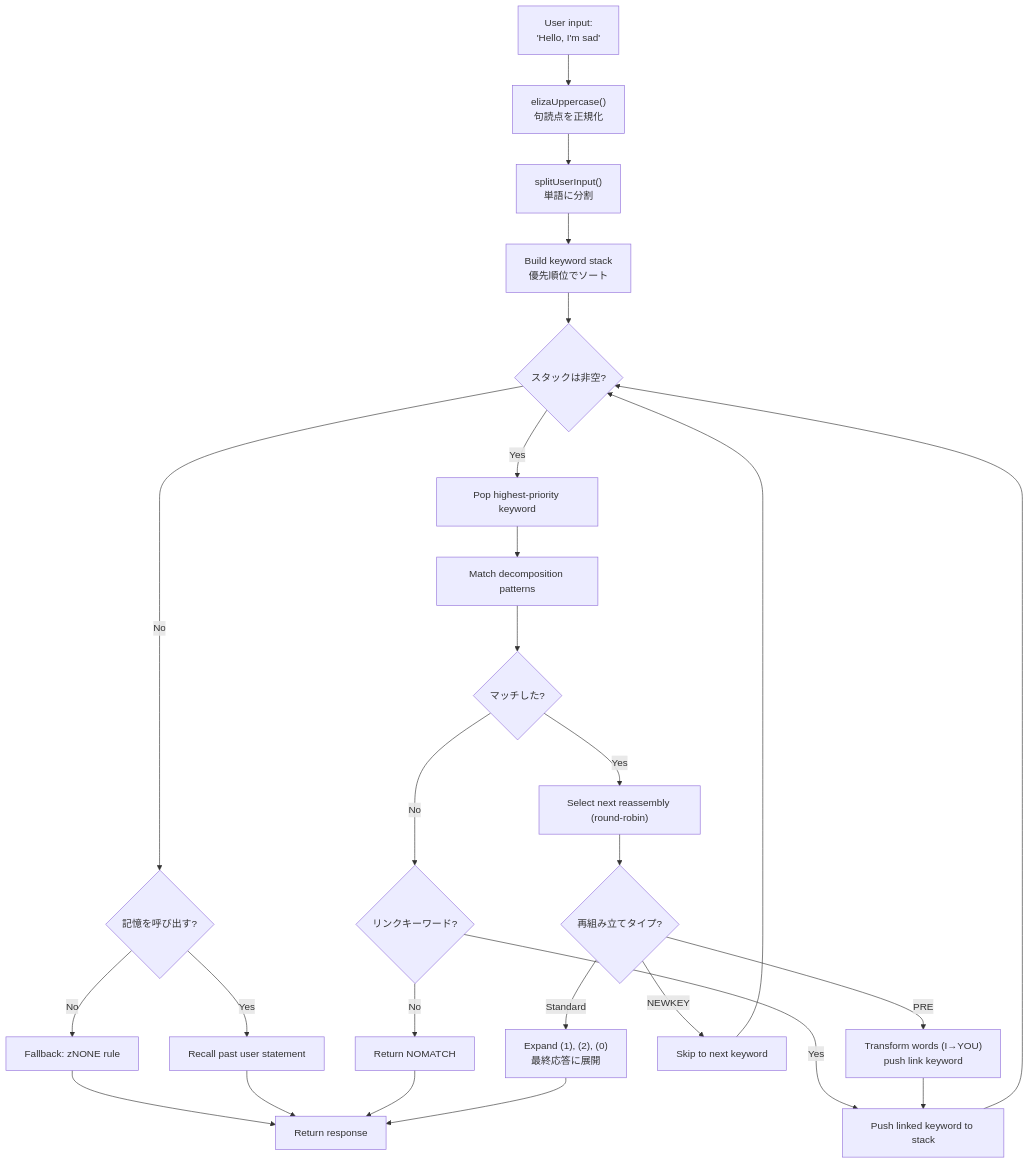
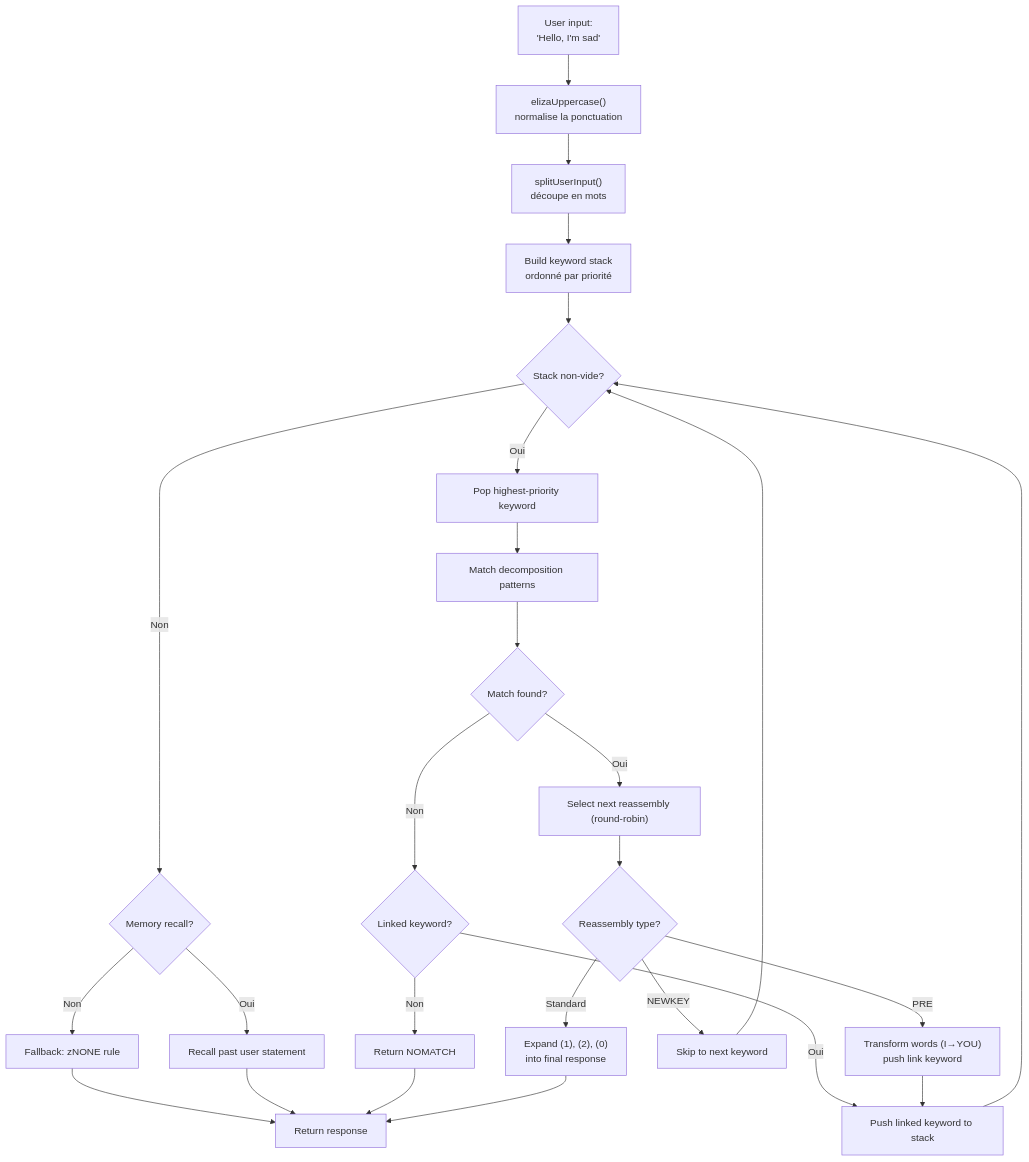
Before and after one commit to fox3000foxy/fox3000foxy.github.io: the first of 2 diagrams in public/articles/ja/from-eliza-to-llm-chatbots-typescript.md, drawn with Mermaid. The commit also changed other lines of this file and 576 other files, not shown here.

````diff
--- a/public/articles/ja/from-eliza-to-llm-chatbots-typescript.md
+++ b/public/articles/ja/from-eliza-to-llm-chatbots-typescript.md
@@ -93,28 +92,28 @@
 ```mermaid
 flowchart TD
-    A["User input:<br>'Hello, I'm sad'"] --> B["elizaUppercase()<br>句読点を正規化"]
-    B --> C["splitUserInput()<br>単語に分割"]
-    C --> D["Build keyword stack<br>優先順位でソート"]
-    D --> E{"スタックは非空?"}
-    E -->|"Yes"| F["Pop highest-priority keyword"]
-    E -->|"No"| G{"記憶を呼び出す?"}
-    G -->|"Yes"| H["Recall past user statement"]
-    G -->|"No"| I["Fallback: zNONE rule"]
+    A["User input:<br>'Hello, I'm sad'"] --> B["elizaUppercase()<br>normalise la ponctuation"]
+    B --> C["splitUserInput()<br>découpe en mots"]
+    C --> D["Build keyword stack<br>ordonné par priorité"]
+    D --> E{"Stack non-vide?"}
+    E -->|"Oui"| F["Pop highest-priority keyword"]
+    E -->|"Non"| G{"Memory recall?"}
+    G -->|"Oui"| H["Recall past user statement"]
+    G -->|"Non"| I["Fallback: zNONE rule"]
     I --> J["Return response"]
     H --> J
     F --> K["Match decomposition patterns"]
-    K --> L{"マッチした?"}
-    L -->|"No"| M{"リンクキーワード?"}
-    M -->|"Yes"| N["Push linked keyword to stack"]
+    K --> L{"Match found?"}
+    L -->|"Non"| M{"Linked keyword?"}
+    M -->|"Oui"| N["Push linked keyword to stack"]
     N --> E
-    M -->|"No"| O["Return NOMATCH"]
+    M -->|"Non"| O["Return NOMATCH"]
     O --> J
-    L -->|"Yes"| P["Select next reassembly (round-robin)"]
-    P --> Q{"再組み立てタイプ?"}
+    L -->|"Oui"| P["Select next reassembly (round-robin)"]
+    P --> Q{"Reassembly type?"}
     Q -->|"PRE"| R["Transform words (I→YOU)<br>push link keyword"]
     R --> N
     Q -->|"NEWKEY"| S["Skip to next keyword"]
     S --> E
-    Q -->|"Standard"| T["Expand (1), (2), (0)<br>最終応答に展開"]
+    Q -->|"Standard"| T["Expand (1), (2), (0)<br>into final response"]
     T --> J
 ```
````
